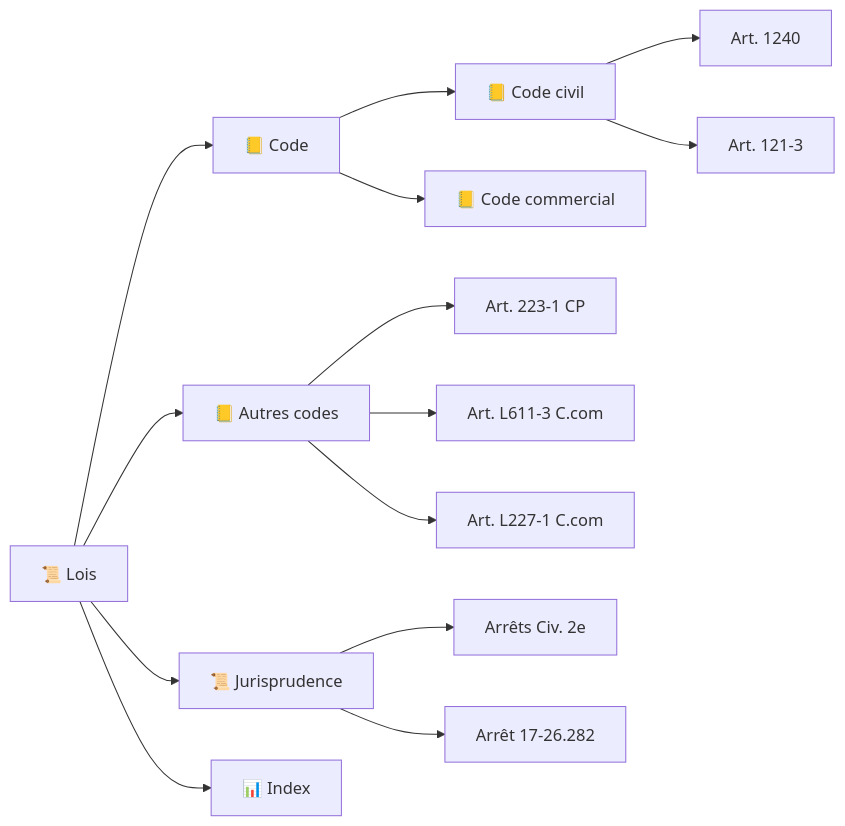
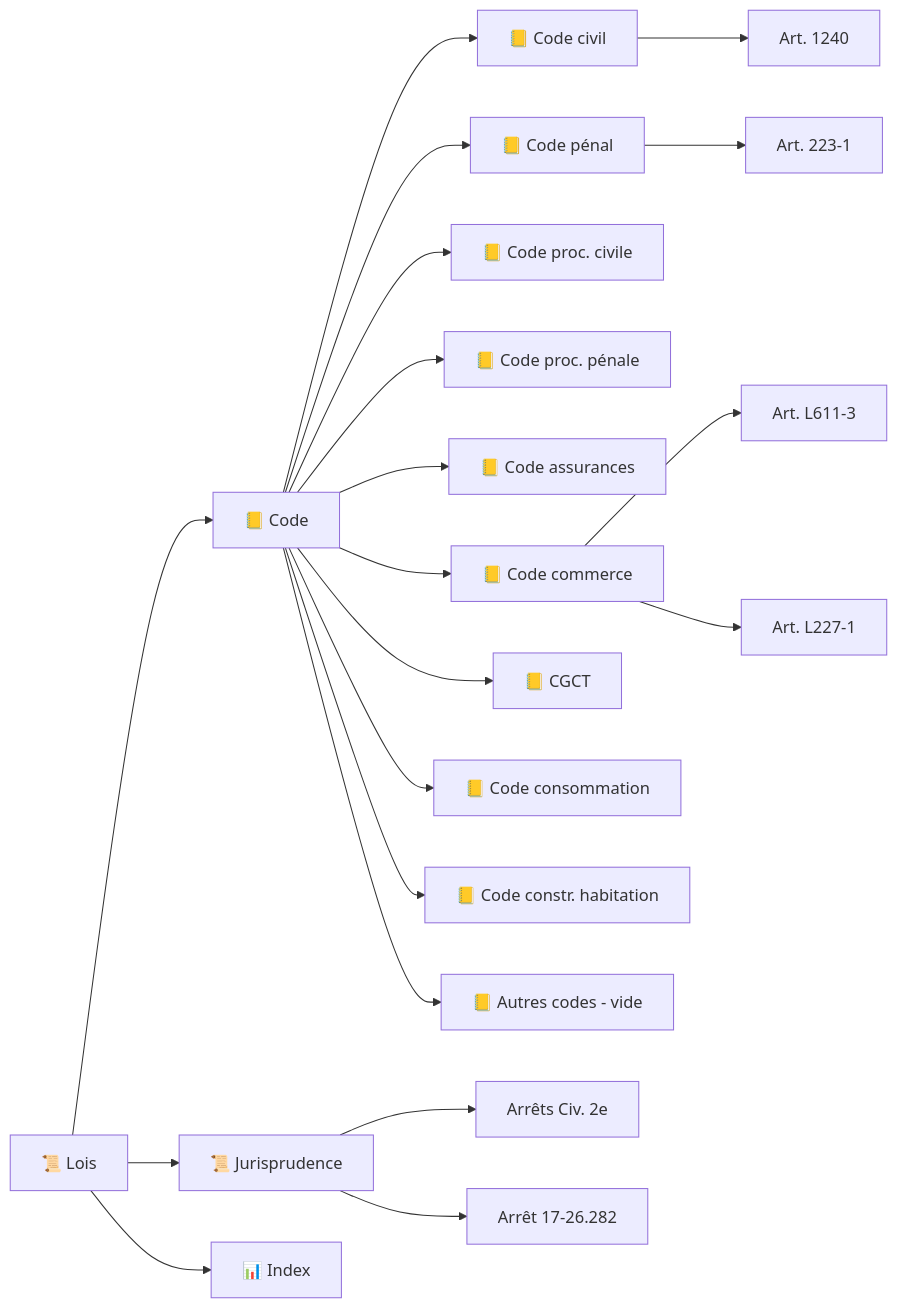
The diagram in 📜 Lois/README.md (criloOcom/accident-main), drawn with Mermaid before and after one commit. The commit also changed other lines of this file and 23 other files, not shown here.

First line of the commit message:
refactor(📜 Lois): réorganise 📒 Code — CGCT dans 📒 Code/, nouveaux dossiers consommation & construction habitation

````diff
--- a/📜 Lois/README.md
+++ b/📜 Lois/README.md
@@ -19,16 +19,22 @@
 ```mermaid
 graph LR
     L[📜 Lois] --> CD[📒 Code]
     CD --> C[📒 Code civil]
-    CD --> CO[📒 Code commercial]
-    L --> AC[📒 Autres codes]
+    CD --> CP[📒 Code pénal]
+    CD --> CPC[📒 Code proc. civile]
+    CD --> CPP[📒 Code proc. pénale]
+    CD --> CA[📒 Code assurances]
+    CD --> CC[📒 Code commerce]
+    CD --> CGCT[📒 CGCT]
+    CD --> CONSO[📒 Code consommation]
+    CD --> CCH[📒 Code constr. habitation]
+    CD --> AC[📒 Autres codes - vide]
     L --> J[📜 Jurisprudence]
     L --> I[📊 Index]
     C --> C1[Art. 1240]
-    C --> C2[Art. 121-3]
-    AC --> AC1[Art. 223-1 CP]
-    AC --> AC2[Art. L611-3 C.com]
-    AC --> AC3[Art. L227-1 C.com]
+    CP --> CP1[Art. 223-1]
+    CC --> CC1[Art. L611-3]
+    CC --> CC2[Art. L227-1]
     J --> J1[Arrêts Civ. 2e]
     J --> J2[Arrêt 17-26.282]
 ```
````
